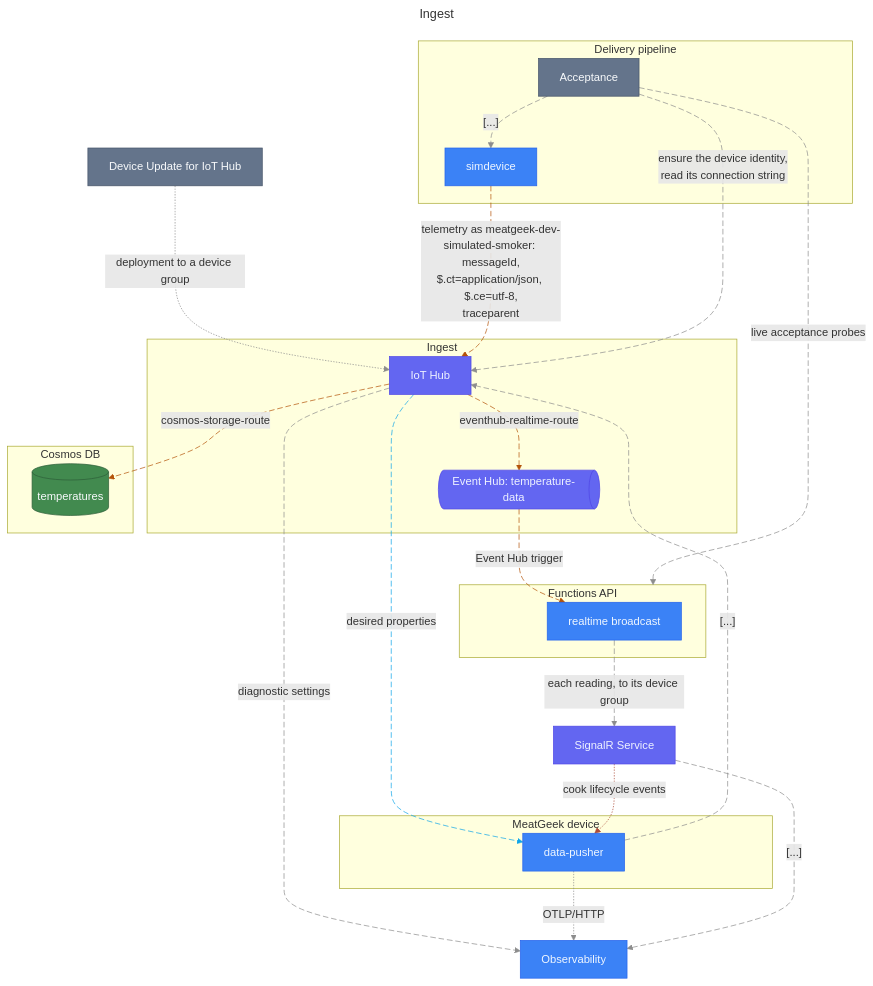
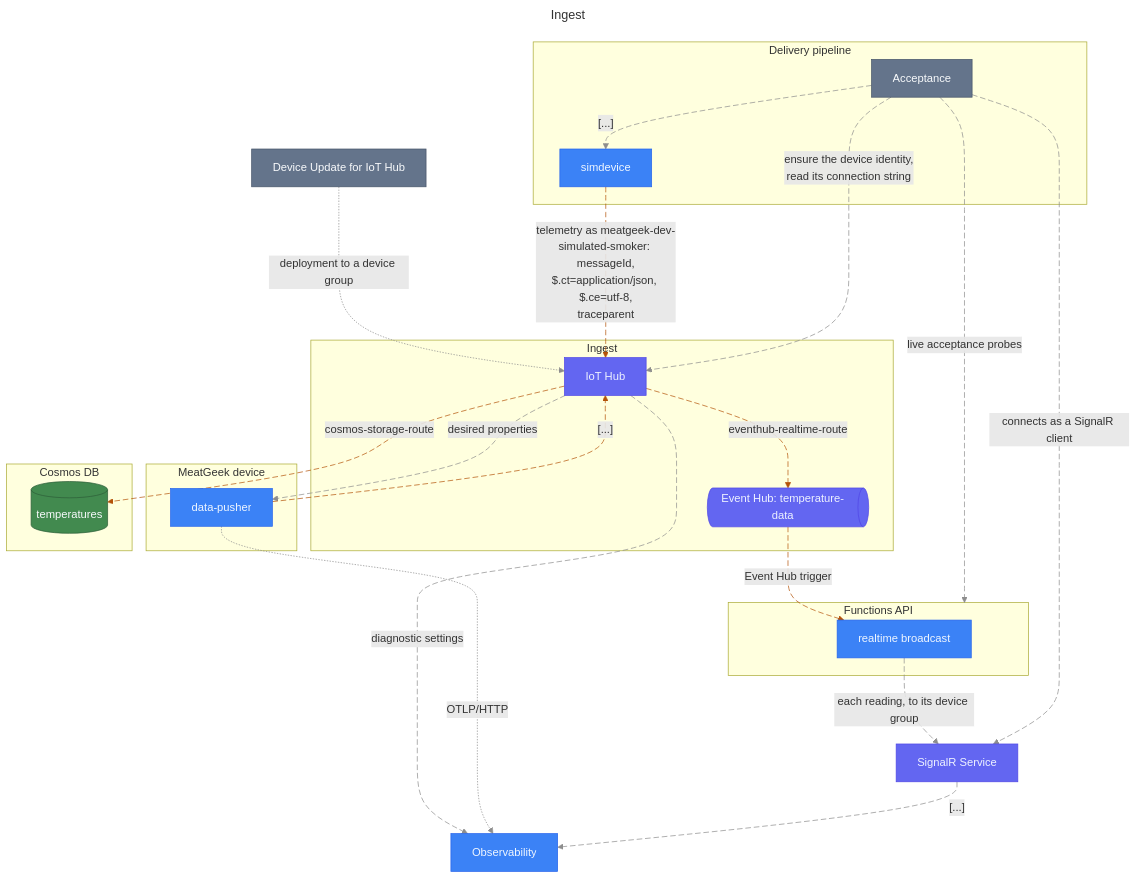
The seventh of 16 diagrams in docs/architecture/diagrams.md (stevebargelt/meatgeekv2), drawn with Mermaid before and after one commit. The commit also changed other lines of this file and 8 other files, not shown here.

First line of the commit message:
docs(architecture): HAR-69 the model shows the device twin and SignalR push as live; ADR for both decisions

````diff
--- a/docs/architecture/diagrams.md
+++ b/docs/architecture/diagrams.md
@@ -571,60 +551,58 @@
 ```mermaid
 ---
 title: "Ingest"
 ---
 graph TB
   MeatgeekCloudDeviceupdate@{ shape: rectangle, label: "Device Update for IoT Hub" }
   subgraph Delivery["`Delivery pipeline`"]
     Delivery.Acceptance@{ shape: rectangle, label: "Acceptance" }
     Delivery.Simdevice@{ shape: rectangle, label: "simdevice" }
   end
   subgraph MeatgeekCloudIngest["`Ingest`"]
     MeatgeekCloudIngest.Iothub@{ shape: rectangle, label: "IoT Hub" }
     MeatgeekCloudIngest.Eventhub@{ shape: horizontal-cylinder, label: "Event Hub: temperature-data" }
   end
+  subgraph MeatgeekEdge["`MeatGeek device`"]
+    MeatgeekEdge.Pusher@{ shape: rectangle, label: "data-pusher" }
+  end
   subgraph MeatgeekCloudData["`Cosmos DB`"]
     MeatgeekCloudData.Temperatures@{ shape: cylinder, label: "temperatures" }
   end
   subgraph MeatgeekCloudApi["`Functions API`"]
     MeatgeekCloudApi.Broadcast@{ shape: rectangle, label: "realtime broadcast" }
   end
   MeatgeekCloudRealtime@{ shape: rectangle, label: "SignalR Service" }
-  subgraph MeatgeekEdge["`MeatGeek device`"]
-    MeatgeekEdge.Pusher@{ shape: rectangle, label: "data-pusher" }
-  end
   MeatgeekCloudObservability@{ shape: rectangle, label: "Observability" }
   MeatgeekCloudDeviceupdate -. "`deployment to a device group`" .-> MeatgeekCloudIngest.Iothub
   MeatgeekCloudIngest.Iothub -. "`eventhub-realtime-route`" .-> MeatgeekCloudIngest.Eventhub
   MeatgeekCloudIngest.Iothub -. "`diagnostic settings`" .-> MeatgeekCloudObservability
   MeatgeekCloudIngest.Iothub -. "`desired properties`" .-> MeatgeekEdge.Pusher
   MeatgeekEdge.Pusher -. "`[...]`" .-> MeatgeekCloudIngest.Iothub
   MeatgeekEdge.Pusher -. "`OTLP/HTTP`" .-> MeatgeekCloudObservability
   MeatgeekCloudIngest.Iothub -. "`cosmos-storage-route`" .-> MeatgeekCloudData.Temperatures
   MeatgeekCloudIngest.Eventhub -. "`Event Hub trigger`" .-> MeatgeekCloudApi.Broadcast
   MeatgeekCloudApi.Broadcast -. "`each reading, to its device group`" .-> MeatgeekCloudRealtime
   MeatgeekCloudRealtime -. "`[...]`" .-> MeatgeekCloudObservability
-  MeatgeekCloudRealtime -. "`cook lifecycle events`" .-> MeatgeekEdge.Pusher
   Delivery.Simdevice -. "`telemetry as meatgeek-dev-
 simulated-smoker: messageId,
 $.ct=application/json, $.ce=utf-8,
 traceparent`" .-> MeatgeekCloudIngest.Iothub
   Delivery.Acceptance -. "`ensure the device identity,
 read its connection string`" .-> MeatgeekCloudIngest.Iothub
+  Delivery.Acceptance -. "`connects as a SignalR client`" .-> MeatgeekCloudRealtime
   Delivery.Acceptance -. "`[...]`" .-> Delivery.Simdevice
   Delivery.Acceptance -. "`live acceptance probes`" .-> MeatgeekCloudApi
   classDef muted fill:#64748b,stroke:#475569,color:#f8fafc
   class MeatgeekCloudDeviceupdate muted
   classDef slate fill:#64748b,stroke:#475569,color:#f8fafc
   class Delivery.Acceptance slate
   classDef primary fill:#3b82f6,stroke:#2563eb,color:#eff6ff
-  class Delivery.Simdevice,MeatgeekCloudApi.Broadcast,MeatgeekEdge.Pusher,MeatgeekCloudObservability primary
+  class Delivery.Simdevice,MeatgeekEdge.Pusher,MeatgeekCloudApi.Broadcast,MeatgeekCloudObservability primary
   classDef indigo fill:#6366f1,stroke:#4f46e5,color:#eef2ff
   class MeatgeekCloudIngest.Iothub,MeatgeekCloudIngest.Eventhub,MeatgeekCloudRealtime indigo
   classDef green fill:#428a4f,stroke:#2d5d39,color:#f8fafc
   class MeatgeekCloudData.Temperatures green
   linkStyle 0,5 stroke:#8D8D8D
-  linkStyle 1,6,7,11 stroke:#b45309,stroke-dasharray:8 4
-  linkStyle 2,4,8,9,12,13,14 stroke:#8D8D8D,stroke-dasharray:8 4
-  linkStyle 3 stroke:#0ea5e9,stroke-dasharray:8 4
-  linkStyle 10 stroke:#AC4D39
+  linkStyle 1,4,6,7,10 stroke:#b45309,stroke-dasharray:8 4
+  linkStyle 2,3,8,9,11,12,13,14 stroke:#8D8D8D,stroke-dasharray:8 4
 ```
````
